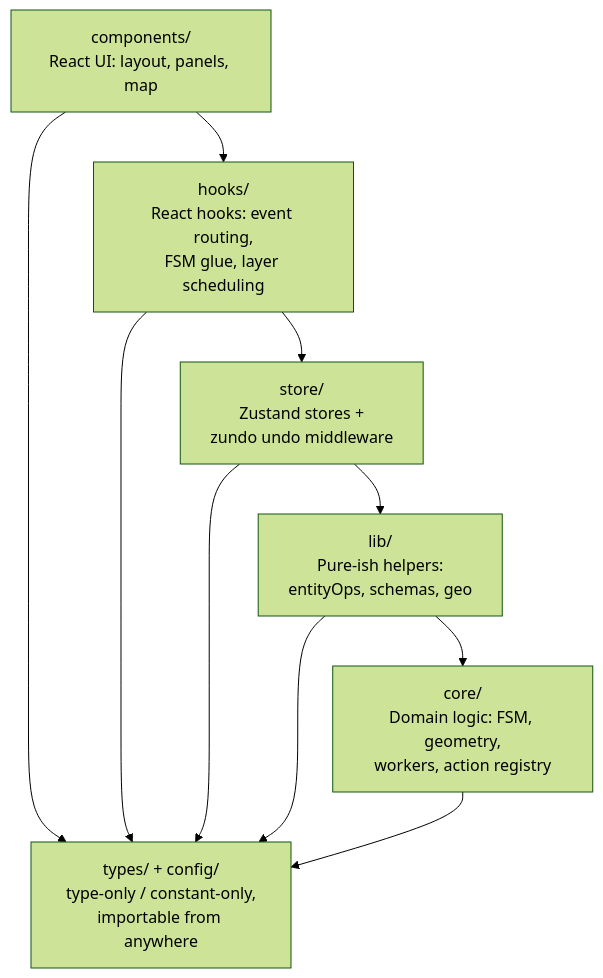
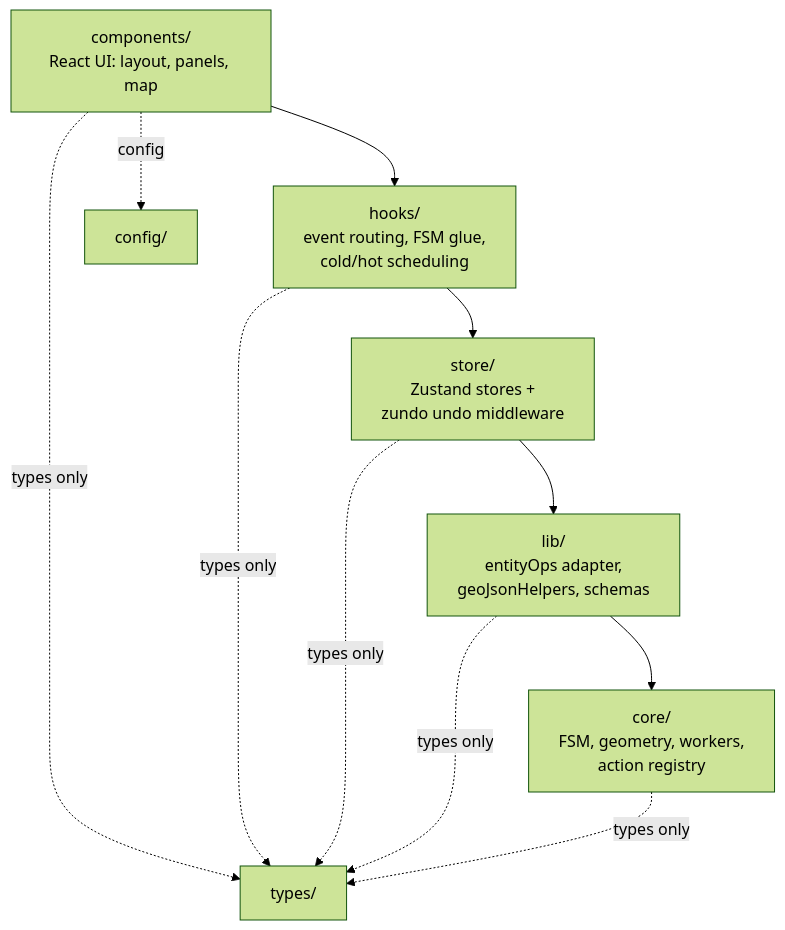
One commit to SakuraPuare/apollo-map-studio changed the first of 2 diagrams in docs/architecture/layered-architecture.md. Above: the diagram before and after it, drawn with Mermaid (forest theme). The commit also changed other lines of this file and 414 other files, not shown here.

````diff
--- a/docs/architecture/layered-architecture.md
+++ b/docs/architecture/layered-architecture.md
@@ -10,16 +19,13 @@
 ```mermaid
-flowchart TB
-  components["components/<br/>React UI: layout, panels, map"]
-  hooks["hooks/<br/>React hooks: event routing,<br/>FSM glue, layer scheduling"]
-  store["store/<br/>Zustand stores +<br/>zundo undo middleware"]
-  lib["lib/<br/>Pure-ish helpers:<br/>entityOps, schemas, geo"]
-  core["core/<br/>Domain logic: FSM, geometry,<br/>workers, action registry"]
-  types["types/ + config/<br/>type-only / constant-only,<br/>importable from anywhere"]
-
-  components --> hooks --> store --> lib --> core
-  components --> types
-  hooks --> types
-  store --> types
-  lib --> types
-  core --> types
+graph TB
+  C[components/<br/>React UI: layout, panels, map] --> H[hooks/<br/>event routing, FSM glue,<br/>cold/hot scheduling]
+  H --> S[store/<br/>Zustand stores +<br/>zundo undo middleware]
+  S --> L[lib/<br/>entityOps adapter,<br/>geoJsonHelpers, schemas]
+  L --> Co[core/<br/>FSM, geometry, workers,<br/>action registry]
+  C -.types only.-> T[types/]
+  H -.types only.-> T
+  S -.types only.-> T
+  L -.types only.-> T
+  Co -.types only.-> T
+  C -.config.-> Cf[config/]
 ```
````
